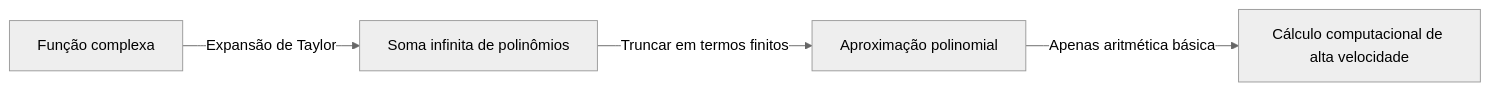
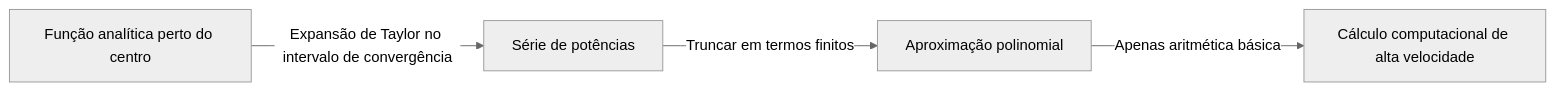
One commit to kenjinote/blog changed the diagram in content/post/taylor-and-maclaurin-series/index.pt.md. Above: the diagram before and after it, drawn with Mermaid (neutral theme). The commit also changed other lines of this file and 10 other files, not shown here.

````diff
--- a/content/post/taylor-and-maclaurin-series/index.pt.md
+++ b/content/post/taylor-and-maclaurin-series/index.pt.md
@@ -25,6 +26,6 @@
 ```mermaid
 flowchart LR
-    A["Função complexa"] -->|"Expansão de Taylor"| B["Soma infinita de polinômios"]
+    A["Função analítica perto do centro"] -->|"Expansão de Taylor no intervalo de convergência"| B["Série de potências"]
     B -->|"Truncar em termos finitos"| C["Aproximação polinomial"]
     C -->|"Apenas aritmética básica"| D["Cálculo computacional de alta velocidade"]
 ```
````
